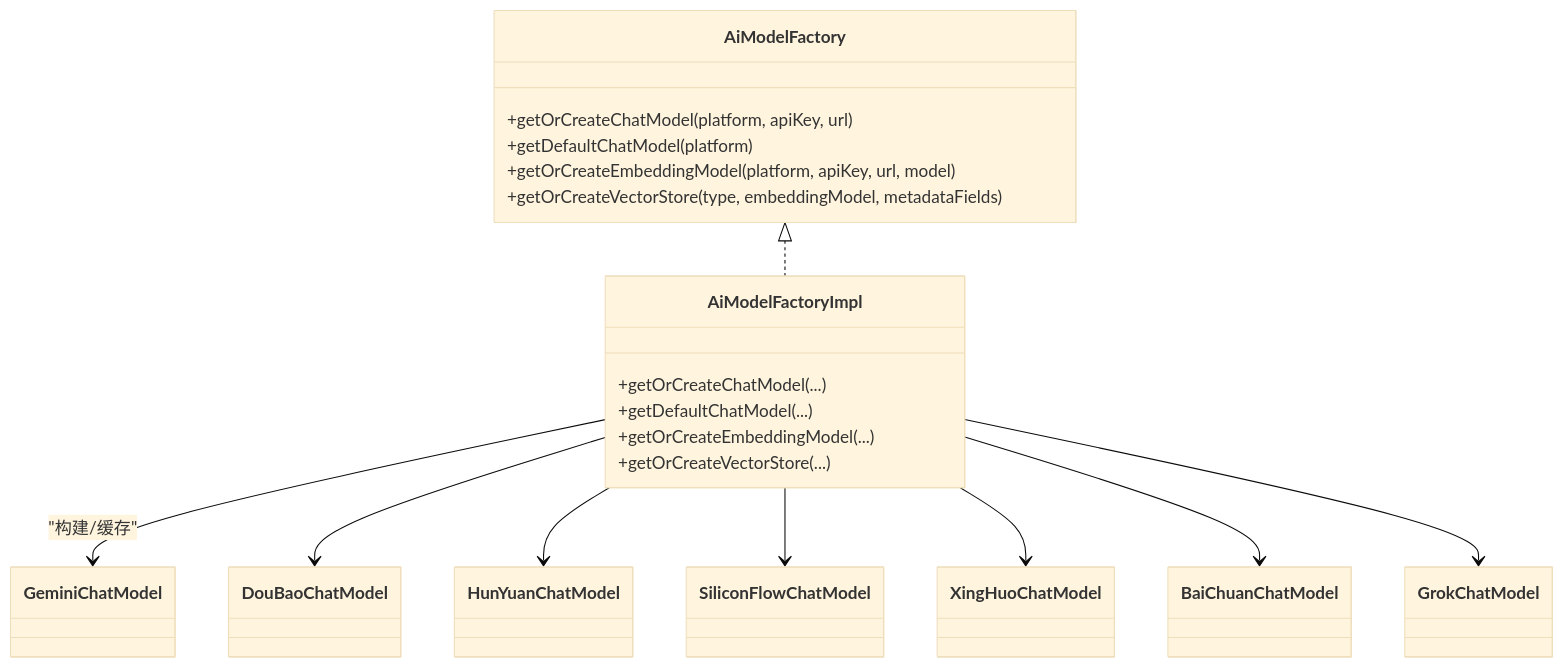
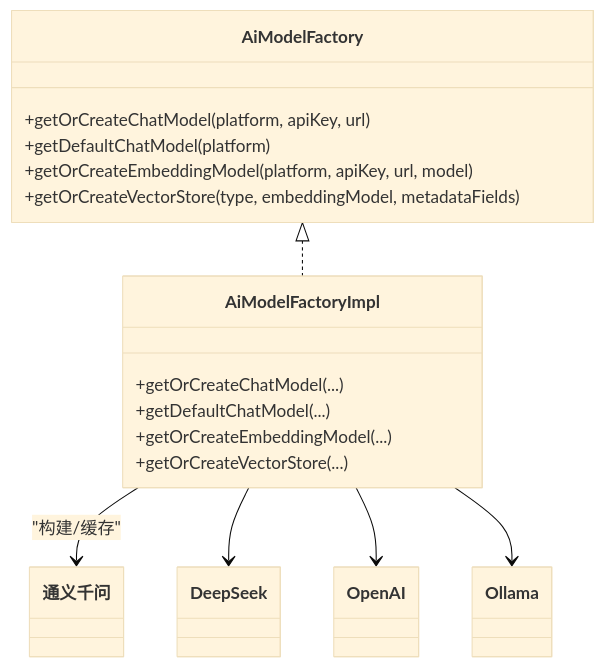
The third of 4 diagrams in .qoder/repowiki/zh/content/AI模型管理/AI平台集成.md (X555LB/data-ai), drawn with Mermaid (base theme) before and after one commit. The commit also changed other lines of this file and 24 other files, not shown here.

Commit message:
refactor: 移除百川/Grok/混元/SiliconFlow/星火等第三方AI模型，精简AI平台支持

````diff
--- a/.qoder/repowiki/zh/content/AI模型管理/AI平台集成.md
+++ b/.qoder/repowiki/zh/content/AI模型管理/AI平台集成.md
@@ -163,30 +150,24 @@
 ```mermaid
 classDiagram
 class AiModelFactory {
 +getOrCreateChatModel(platform, apiKey, url)
 +getDefaultChatModel(platform)
 +getOrCreateEmbeddingModel(platform, apiKey, url, model)
 +getOrCreateVectorStore(type, embeddingModel, metadataFields)
 }
 class AiModelFactoryImpl {
 +getOrCreateChatModel(...)
 +getDefaultChatModel(...)
 +getOrCreateEmbeddingModel(...)
 +getOrCreateVectorStore(...)
 }
-class GeminiChatModel
-class DouBaoChatModel
-class HunYuanChatModel
-class SiliconFlowChatModel
-class XingHuoChatModel
-class BaiChuanChatModel
-class GrokChatModel
+class 通义千问
+class DeepSeek
+class OpenAI
+class Ollama
 AiModelFactory <|.. AiModelFactoryImpl
-AiModelFactoryImpl --> GeminiChatModel : "构建/缓存"
-AiModelFactoryImpl --> DouBaoChatModel
-AiModelFactoryImpl --> HunYuanChatModel
-AiModelFactoryImpl --> SiliconFlowChatModel
-AiModelFactoryImpl --> XingHuoChatModel
-AiModelFactoryImpl --> BaiChuanChatModel
-AiModelFactoryImpl --> GrokChatModel
+AiModelFactoryImpl --> 通义千问 : "构建/缓存"
+AiModelFactoryImpl --> DeepSeek
+AiModelFactoryImpl --> OpenAI
+AiModelFactoryImpl --> Ollama
 ```
````
